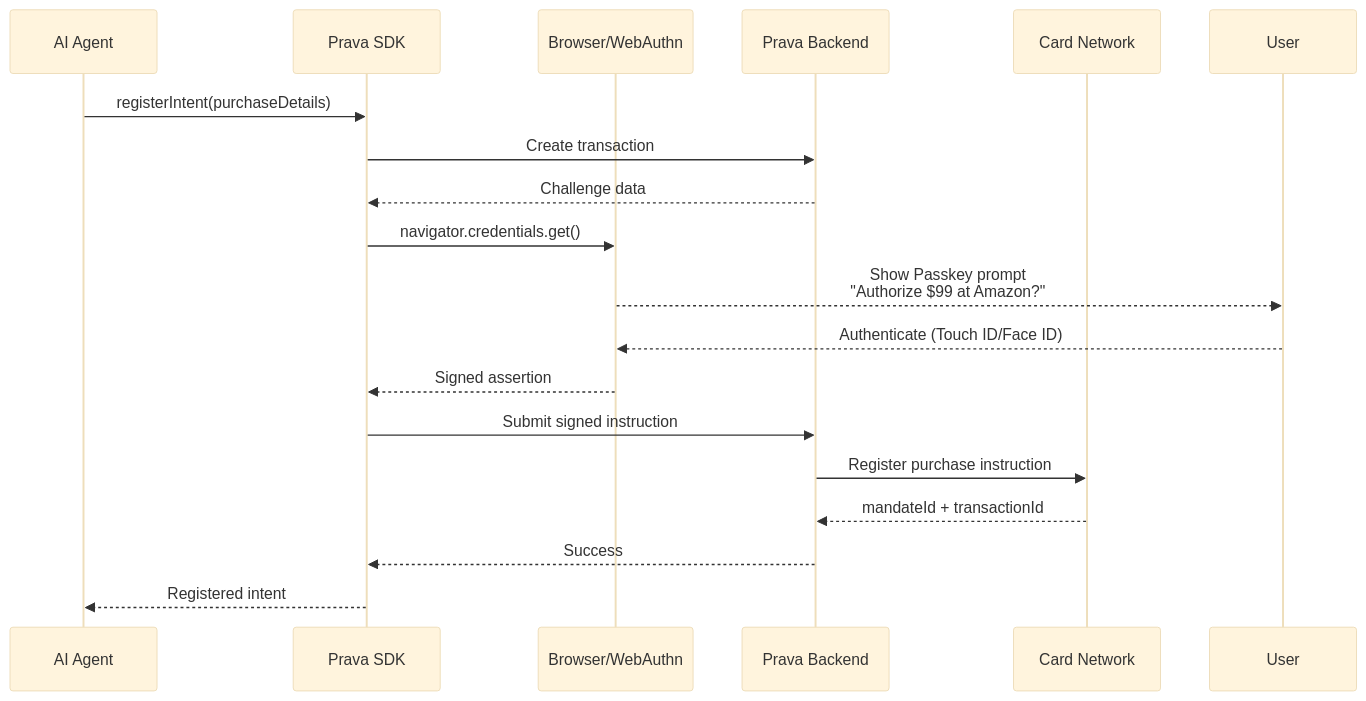
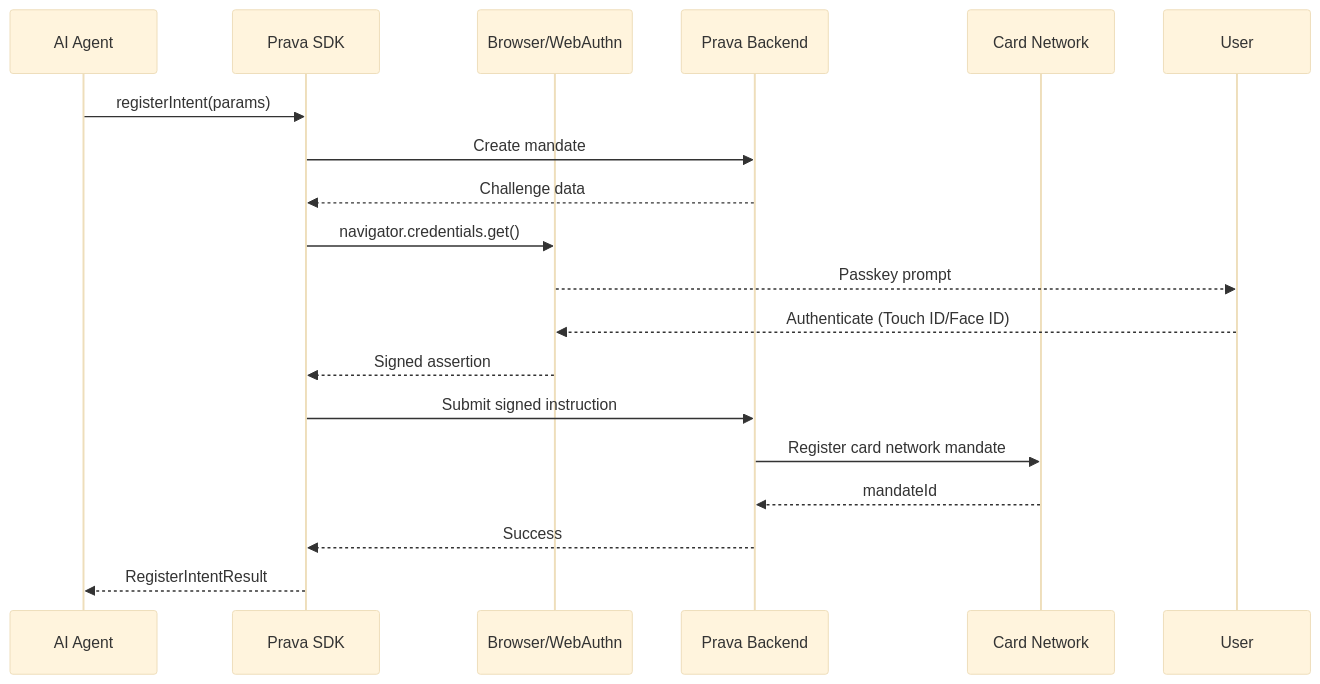
Before and after one commit to Prava-Payments/prava-docs: the diagram in sdk/intents/register.mdx, drawn with Mermaid (base theme). The commit also changed other lines of this file and 10 other files, not shown here.

````diff
--- a/sdk/intents/register.mdx
+++ b/sdk/intents/register.mdx
@@ -236,21 +188,21 @@
 ```mermaid
 sequenceDiagram
     participant Agent as AI Agent
     participant SDK as Prava SDK
     participant Browser as Browser/WebAuthn
     participant Backend as Prava Backend
     participant Network as Card Network
 
-    Agent->>SDK: registerIntent(purchaseDetails)
-    SDK->>Backend: Create transaction
+    Agent->>SDK: registerIntent(params)
+    SDK->>Backend: Create mandate
     Backend-->>SDK: Challenge data
     SDK->>Browser: navigator.credentials.get()
-    Browser-->>User: Show Passkey prompt<br/>"Authorize $99 at Amazon?"
+    Browser-->>User: Passkey prompt
     User-->>Browser: Authenticate (Touch ID/Face ID)
     Browser-->>SDK: Signed assertion
     SDK->>Backend: Submit signed instruction
-    Backend->>Network: Register purchase instruction
-    Network-->>Backend: mandateId + transactionId
+    Backend->>Network: Register card network mandate
+    Network-->>Backend: mandateId
     Backend-->>SDK: Success
-    SDK-->>Agent: Registered intent
+    SDK-->>Agent: RegisterIntentResult
 ```
````
